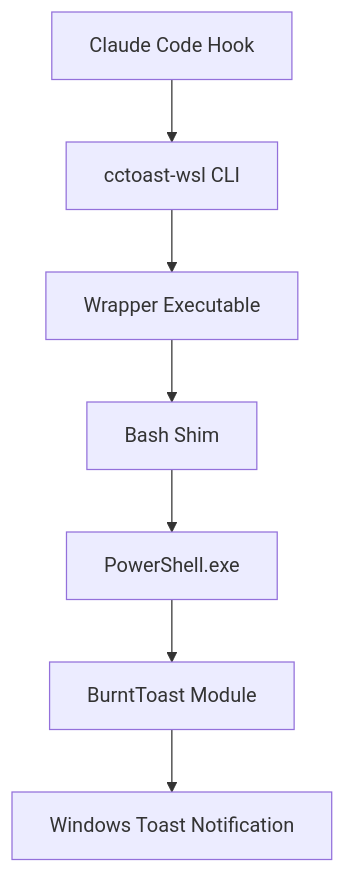
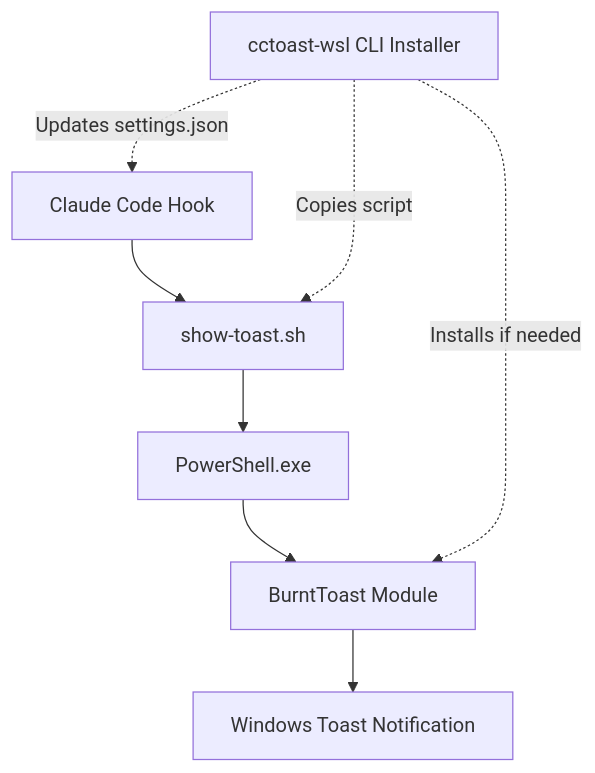
The diagram in docs/ARCHITECTURE.md (claudes-world/cctoast-wsl), drawn with Mermaid before and after one commit. The commit also changed other lines of this file and 7 other files, not shown here.

````diff
--- a/docs/ARCHITECTURE.md
+++ b/docs/ARCHITECTURE.md
@@ -7,9 +11,11 @@
 ```mermaid
 graph TB
-    A[Claude Code Hook] --> B[cctoast-wsl CLI]
-    B --> C[Wrapper Executable]
-    C --> D[Bash Shim]
-    D --> E[PowerShell.exe]
-    E --> F[BurntToast Module]
-    F --> G[Windows Toast Notification]
+    A[Claude Code Hook] --> B[show-toast.sh]
+    B --> C[PowerShell.exe]
+    C --> D[BurntToast Module]
+    D --> E[Windows Toast Notification]
+    
+    F[cctoast-wsl CLI Installer] -.->|Copies script| B
+    F -.->|Updates settings.json| A
+    F -.->|Installs if needed| D
 ```
````
